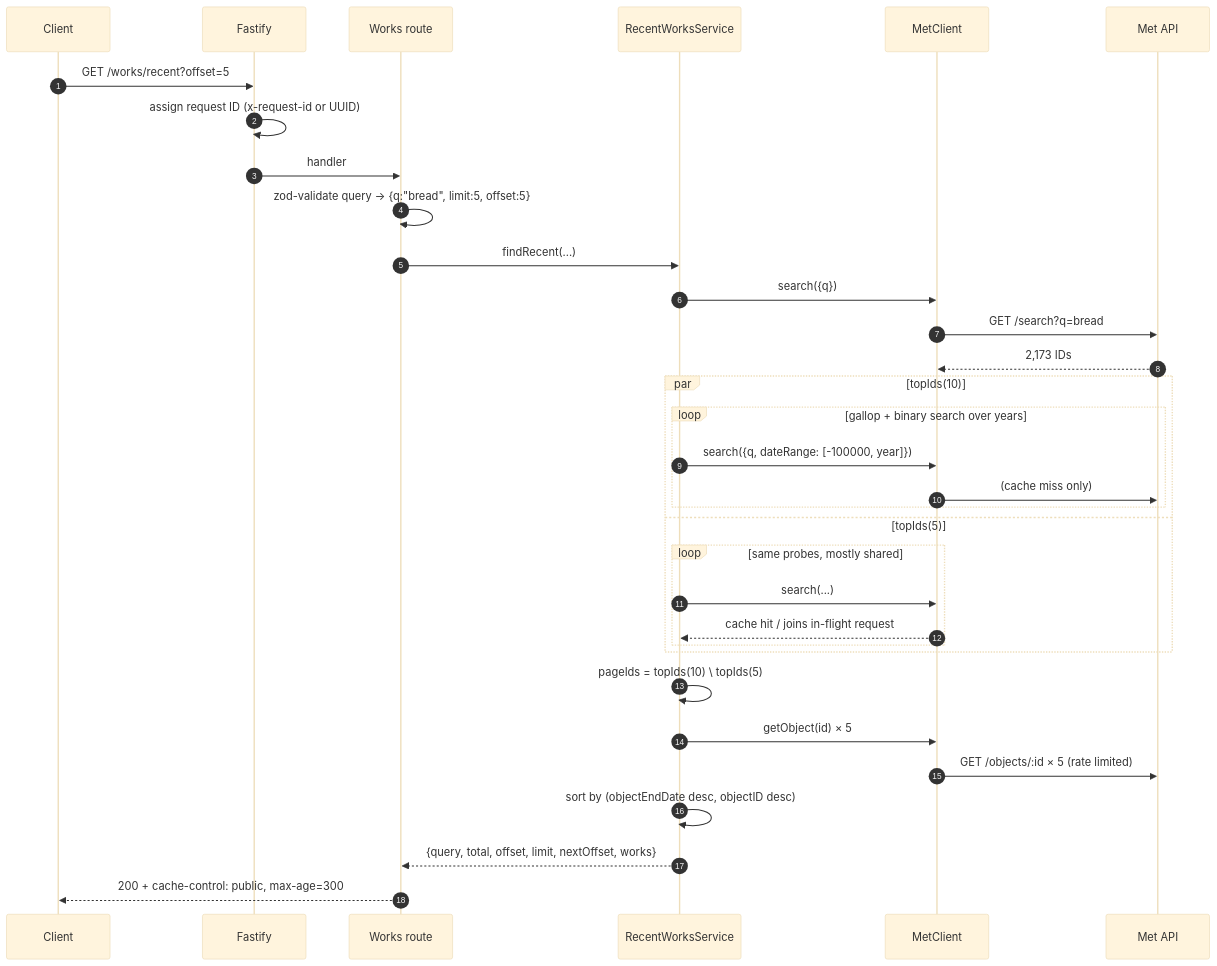
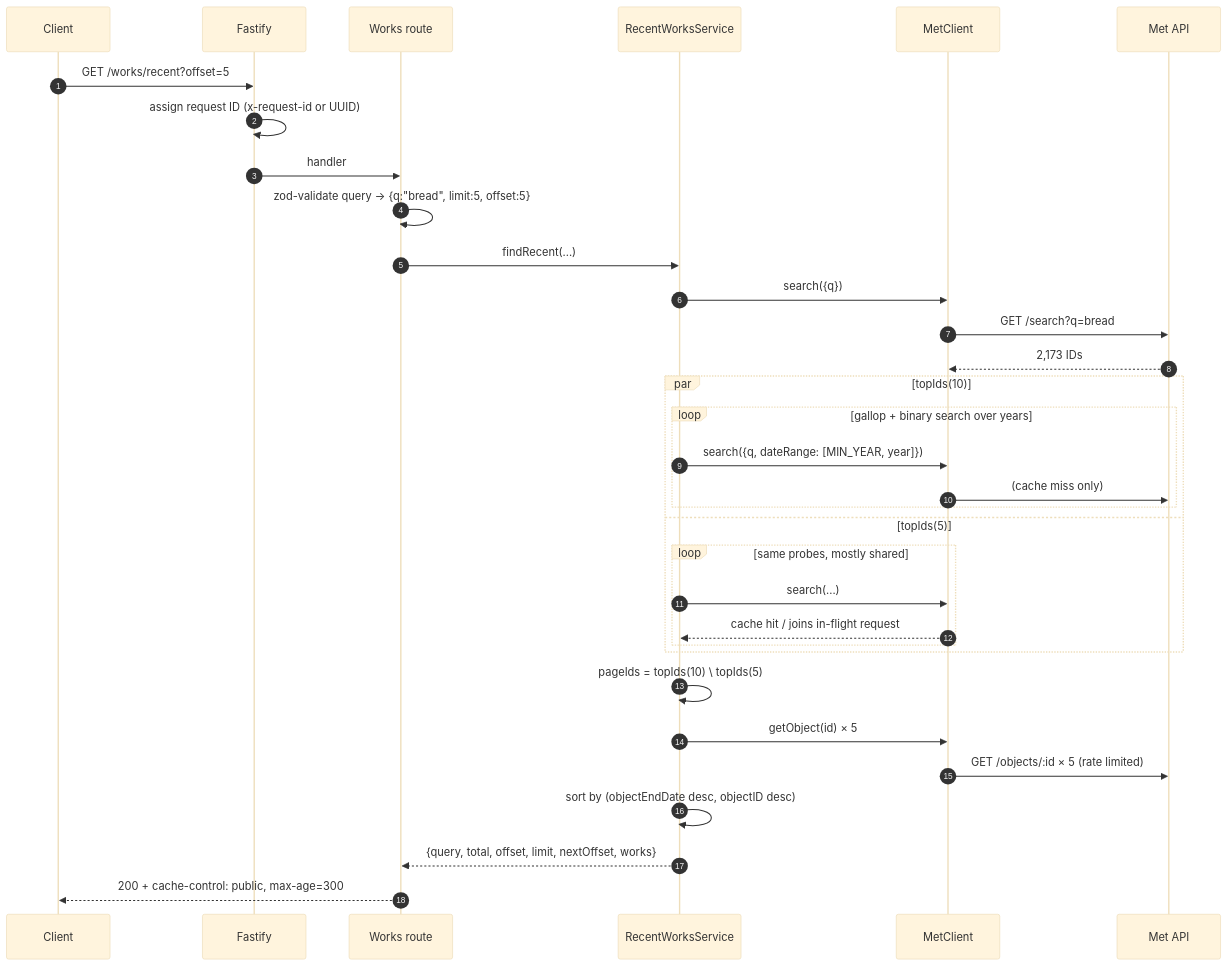
One commit to khaneight/met-api changed the third of 5 diagrams in docs/ARCHITECTURE.md. Above: the diagram before and after it, drawn with Mermaid (base theme). The commit also changed other lines of this file and 6 other files, not shown here.

````diff
--- a/docs/ARCHITECTURE.md
+++ b/docs/ARCHITECTURE.md
@@ -114,36 +114,36 @@
 ```mermaid
 sequenceDiagram
   autonumber
   participant Cl as Client
   participant F as Fastify
   participant Rt as Works route
   participant Sv as RecentWorksService
   participant Mc as MetClient
   participant Met as Met API
 
   Cl->>F: GET /works/recent?offset=5
   F->>F: assign request ID (x-request-id or UUID)
   F->>Rt: handler
   Rt->>Rt: zod-validate query → {q:"bread", limit:5, offset:5}
   Rt->>Sv: findRecent(...)
   Sv->>Mc: search({q})
   Mc->>Met: GET /search?q=bread
   Met-->>Mc: 2,173 IDs
   par topIds(10)
     loop gallop + binary search over years
-      Sv->>Mc: search({q, dateRange: [-100000, year]})
+      Sv->>Mc: search({q, dateRange: [MIN_YEAR, year]})
       Mc->>Met: (cache miss only)
     end
   and topIds(5)
     loop same probes, mostly shared
       Sv->>Mc: search(...)
       Mc-->>Sv: cache hit / joins in-flight request
     end
   end
   Sv->>Sv: pageIds = topIds(10) \ topIds(5)
   Sv->>Mc: getObject(id) × 5
   Mc->>Met: GET /objects/:id × 5 (rate limited)
   Sv->>Sv: sort by (objectEndDate desc, objectID desc)
   Sv-->>Rt: {query, total, offset, limit, nextOffset, works}
   Rt-->>Cl: 200 + cache-control: public, max-age=300
 ```
````
